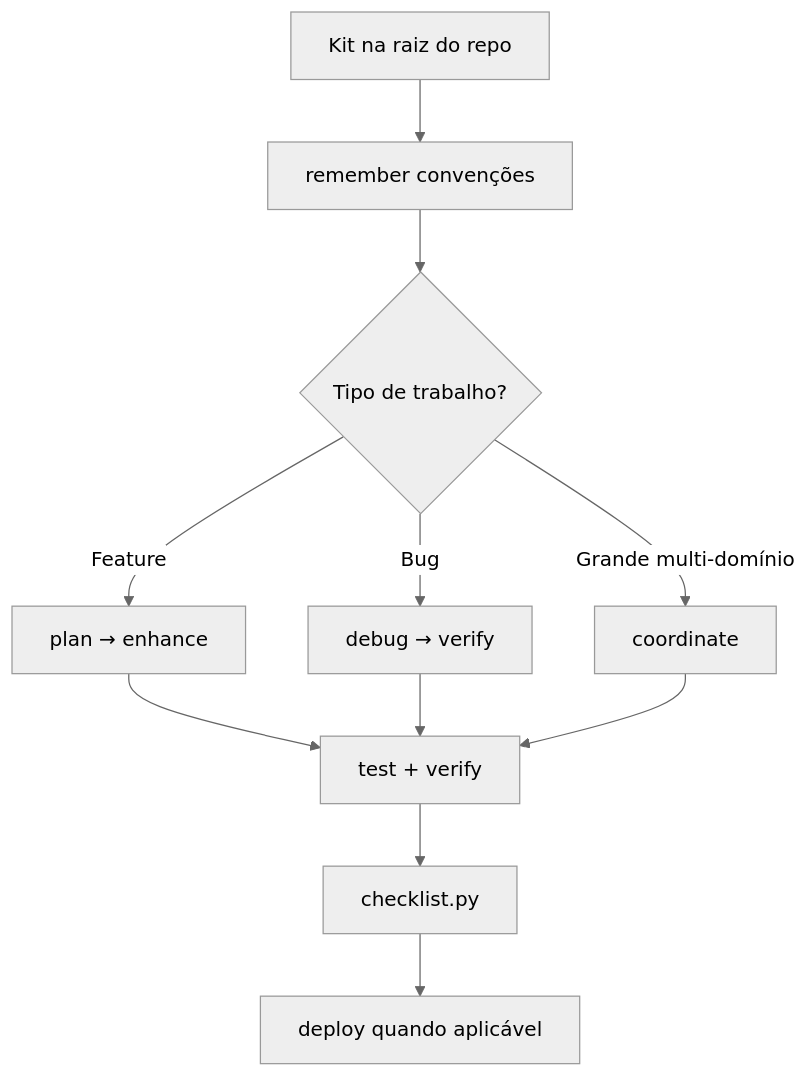
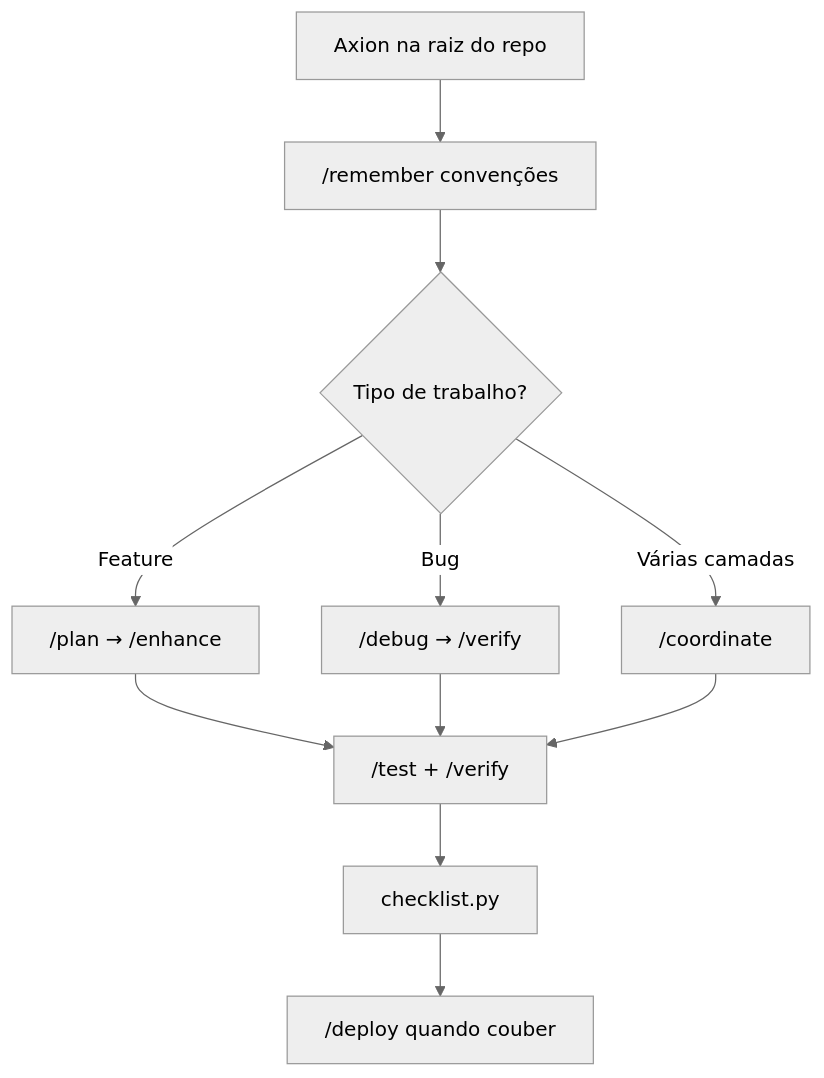
The second of 2 diagrams in README.md (zanetta/axion), drawn with Mermaid (neutral theme) before and after one commit. The commit also changed other lines of this file, not shown here.

````diff
--- a/README.md
+++ b/README.md
@@ -404,13 +256,13 @@
 ```mermaid
 flowchart TD
-  A[Kit na raiz do repo] --> B["remember convenções"]
+  A[Axion na raiz do repo] --> B["/remember convenções"]
   B --> C{Tipo de trabalho?}
-  C -->|Feature| D["plan → enhance"]
-  C -->|Bug| E["debug → verify"]
-  C -->|Grande multi-domínio| F["coordinate"]
-  D --> G["test + verify"]
+  C -->|Feature| D["/plan → /enhance"]
+  C -->|Bug| E["/debug → /verify"]
+  C -->|Várias camadas| F["/coordinate"]
+  D --> G["/test + /verify"]
   E --> G
   F --> G
-  G --> H[checklist.py]
-  H --> I["deploy quando aplicável"]
+  G --> H["checklist.py"]
+  H --> I["/deploy quando couber"]
 ```
````
